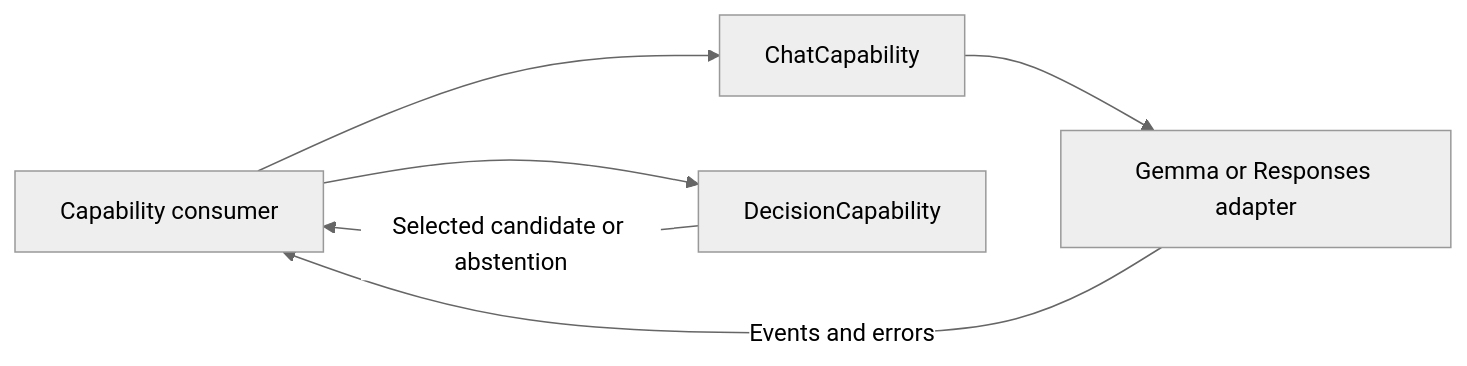
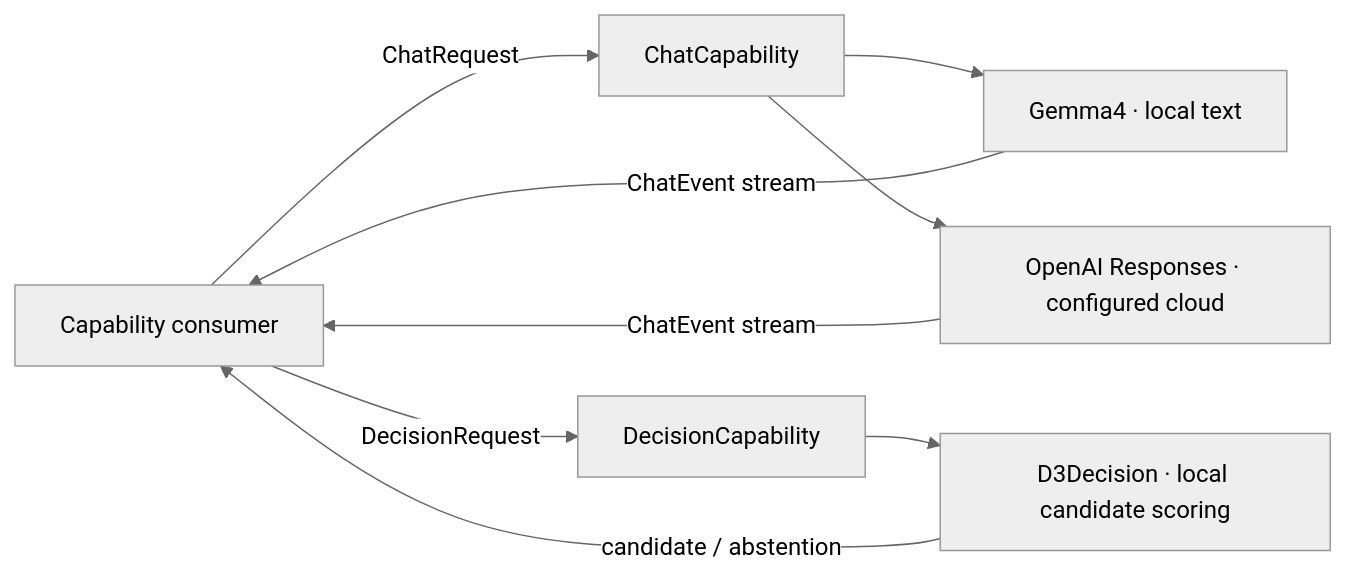
One commit to devilyouwei/MobileHarness changed the diagram in MobileHarness/ModelKit/Language/README.md. Above: the diagram before and after it, drawn with Mermaid (neutral theme). The commit also changed other lines of this file and 115 other files, not shown here.

````diff
--- a/MobileHarness/ModelKit/Language/README.md
+++ b/MobileHarness/ModelKit/Language/README.md
@@ -17,8 +9,11 @@
 ```mermaid
 flowchart LR
- Consumer[Capability consumer] --> Chat[ChatCapability]
- Consumer --> Decision[DecisionCapability]
- Chat --> Adapters[Gemma or Responses adapter]
- Adapters -->|Events and errors| Consumer
- Decision -->|Selected candidate or abstention| Consumer
+    Caller["Capability consumer"] -->|ChatRequest| Chat["ChatCapability"]
+    Chat --> Gemma["Gemma4 · local text"]
+    Chat --> Cloud["OpenAI Responses · configured cloud"]
+    Gemma -->|ChatEvent stream| Caller
+    Cloud -->|ChatEvent stream| Caller
+    Caller -->|DecisionRequest| Decision["DecisionCapability"]
+    Decision --> D3["D3Decision · local candidate scoring"]
+    D3 -->|candidate / abstention| Caller
 ```
````
